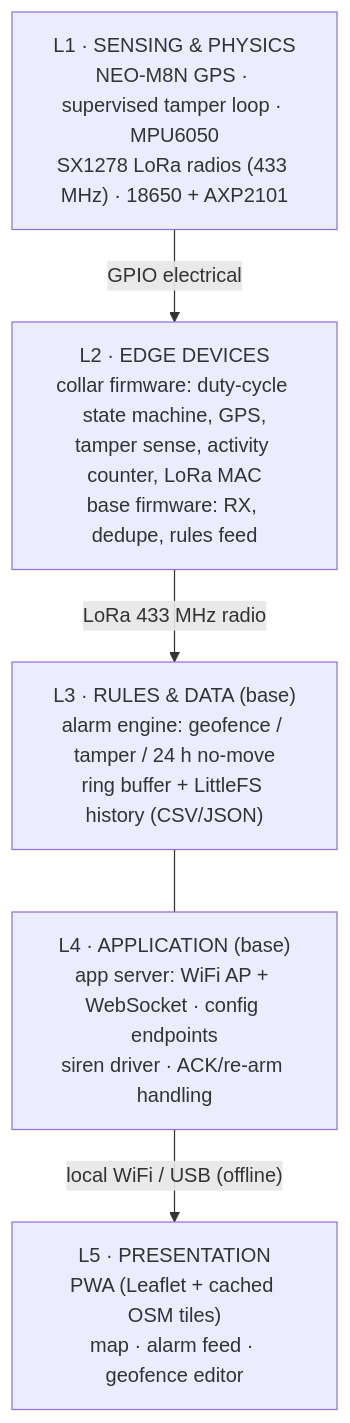
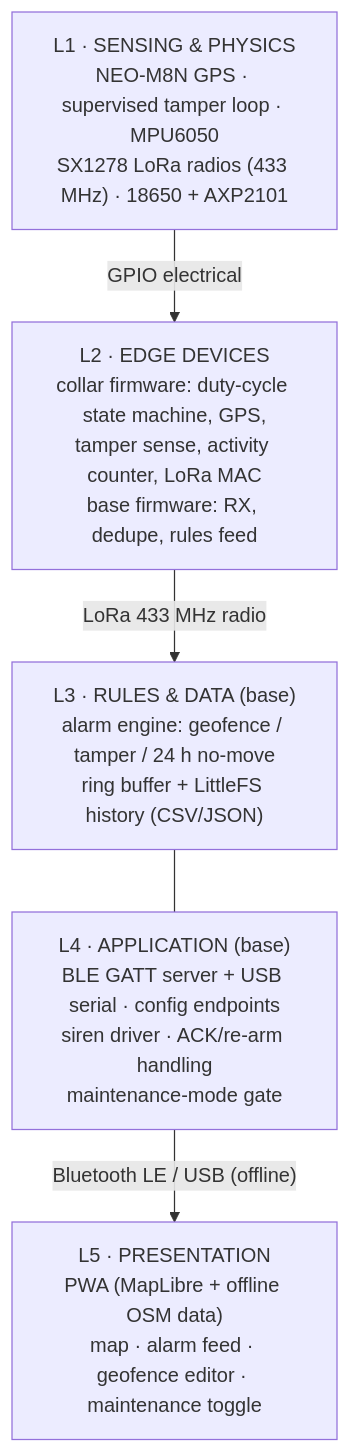
The first of 3 diagrams in docs/SYSTEM-ARCHITECTURE.md (qppd/smart-collar), drawn with Mermaid before and after one commit. The commit also changed other lines of this file and 17 other files, not shown here.

First line of the commit message:
Docs: complete offline-first build guide with wiring diagram and Map Pack

````diff
--- a/docs/SYSTEM-ARCHITECTURE.md
+++ b/docs/SYSTEM-ARCHITECTURE.md
@@ -9,12 +9,12 @@
 ```mermaid
 flowchart TB
-    L5["L5 · PRESENTATION<br/>PWA (Leaflet + cached OSM tiles)<br/>map · alarm feed · geofence editor"]
-    L4["L4 · APPLICATION (base)<br/>app server: WiFi AP + WebSocket · config endpoints<br/>siren driver · ACK/re-arm handling"]
+    L5["L5 · PRESENTATION<br/>PWA (MapLibre + offline OSM data)<br/>map · alarm feed · geofence editor · maintenance toggle"]
+    L4["L4 · APPLICATION (base)<br/>BLE GATT server + USB serial · config endpoints<br/>siren driver · ACK/re-arm handling<br/>maintenance-mode gate"]
     L3["L3 · RULES &amp; DATA (base)<br/>alarm engine: geofence / tamper / 24 h no-move<br/>ring buffer + LittleFS history (CSV/JSON)"]
     L2["L2 · EDGE DEVICES<br/>collar firmware: duty-cycle state machine, GPS,<br/>tamper sense, activity counter, LoRa MAC<br/>base firmware: RX, dedupe, rules feed"]
     L1["L1 · SENSING &amp; PHYSICS<br/>NEO-M8N GPS · supervised tamper loop · MPU6050<br/>SX1278 LoRa radios (433 MHz) · 18650 + AXP2101"]
     L1 -- "GPIO electrical" --> L2
     L2 -- "LoRa 433 MHz radio" --> L3
     L3 --- L4
-    L4 -- "local WiFi / USB (offline)" --> L5
+    L4 -- "Bluetooth LE / USB (offline)" --> L5
 ```
````
